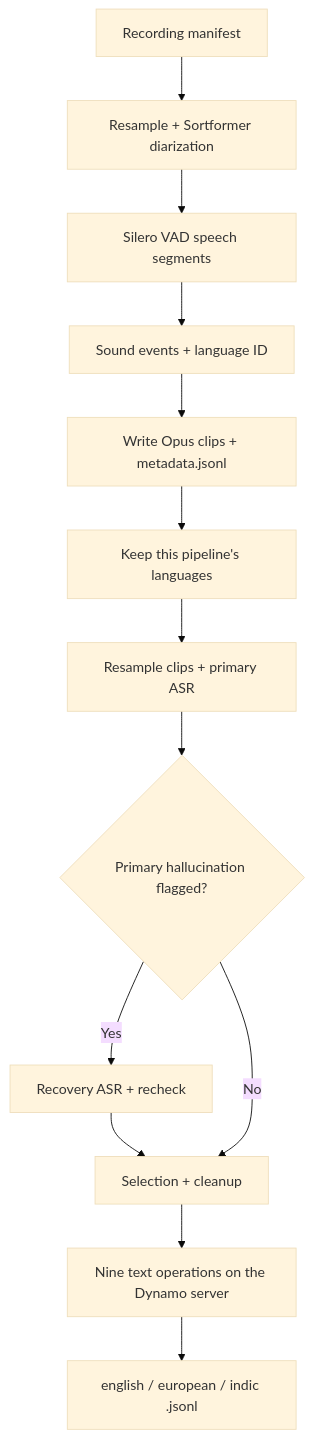
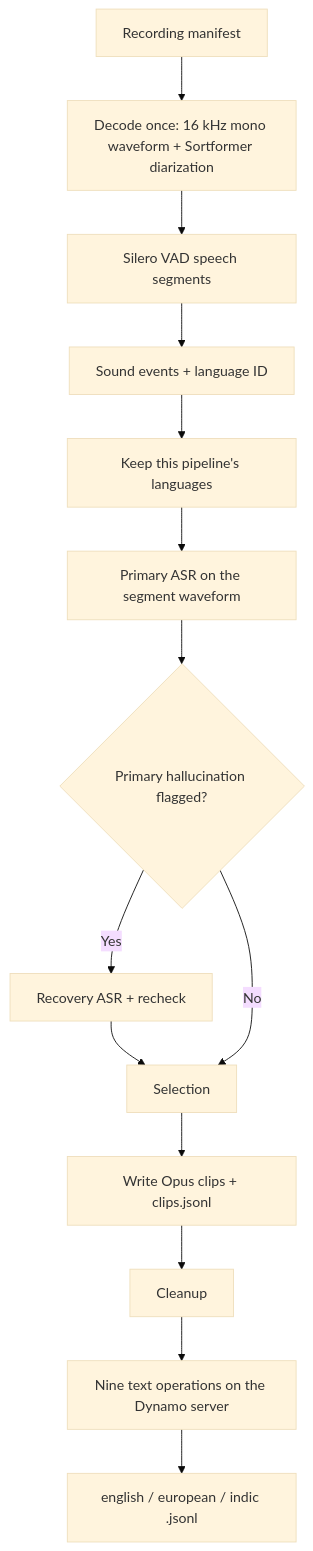
One commit to NVIDIA-NeMo/Curator changed the diagram in tutorials/audio/granary_v2/full_pipeline/README.md. Above: the diagram before and after it, drawn with Mermaid (base theme). The commit also changed other lines of this file and 6 other files, not shown here.

First line of the commit message:
Decode audio once in the full Granary v2 pipelines

````diff
--- a/tutorials/audio/granary_v2/full_pipeline/README.md
+++ b/tutorials/audio/granary_v2/full_pipeline/README.md
@@ -17,15 +17,16 @@
 ```mermaid
 flowchart TD
-    A[Recording manifest] --> B[Resample + Sortformer diarization]
+    A[Recording manifest] --> B[Decode once: 16 kHz mono waveform + Sortformer diarization]
     B --> C[Silero VAD speech segments]
     C --> D[Sound events + language ID]
-    D --> E[Write Opus clips + metadata.jsonl]
-    E --> F[Keep this pipeline's languages]
-    F --> G[Resample clips + primary ASR]
+    D --> F[Keep this pipeline's languages]
+    F --> G[Primary ASR on the segment waveform]
     G --> R{Primary hallucination flagged?}
     R -->|Yes| S[Recovery ASR + recheck]
-    S --> H[Selection + cleanup]
+    S --> H[Selection]
     R -->|No| H
-    H --> I[Nine text operations on the Dynamo server]
+    H --> E[Write Opus clips + clips.jsonl]
+    E --> J[Cleanup]
+    J --> I[Nine text operations on the Dynamo server]
     I --> L[english / european / indic .jsonl]
 ```
````
